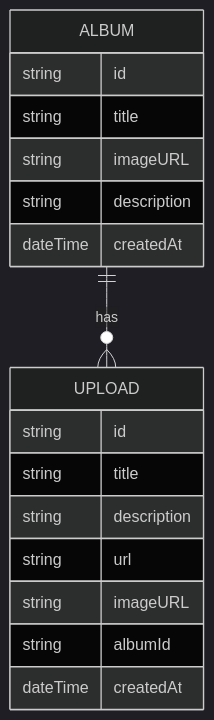
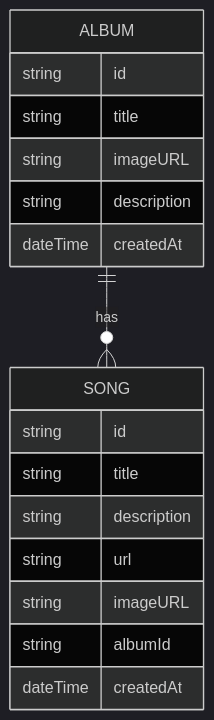
Before and after one commit to Al-Ghoul/RochyRD-MusicSite: the diagram in docs/DATABASE.md, drawn with Mermaid.

Commit message:
Rename db's uploads table -> songs

````diff
--- a/docs/DATABASE.md
+++ b/docs/DATABASE.md
@@ -3,24 +3,24 @@
 ```mermaid
 %%{init: {'theme':'dark'}}%%
 erDiagram
 
-ALBUM ||--o{ UPLOAD : has
+ALBUM ||--o{ SONG : has
 
-UPLOAD {
+SONG {
     string id
     string title
     string description
     string url
     string imageURL
     string albumId
     dateTime createdAt
 }
 
 ALBUM {
     string id
     string title
     string imageURL
     string description
     dateTime createdAt
 }
 ```
````
